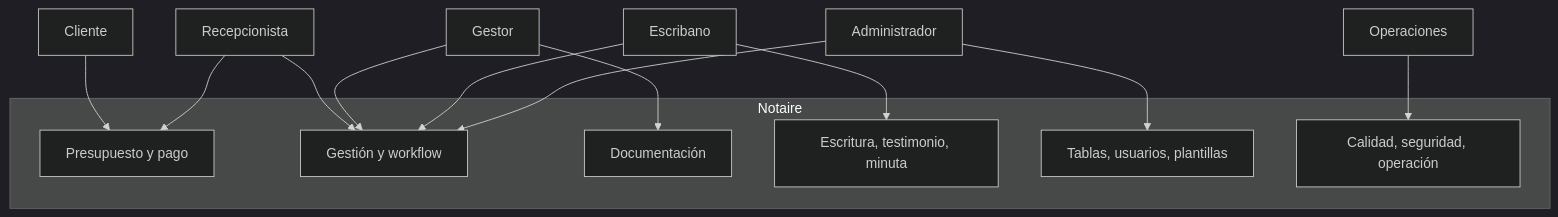
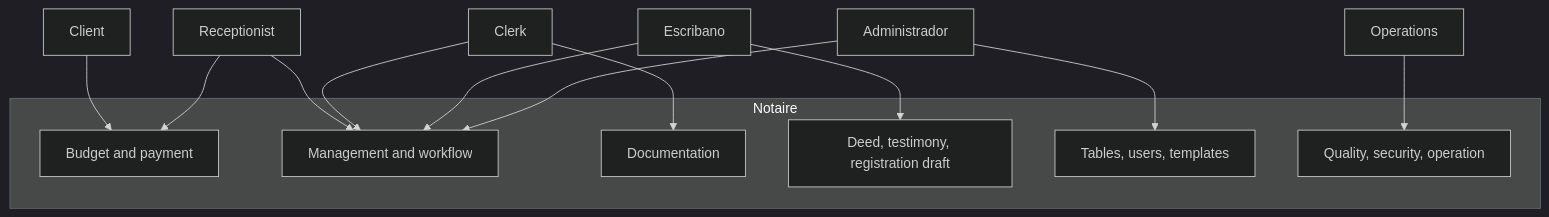
The second of 16 diagrams in docs/200-architecture/203-design/CICLO-DE-VIDA.md (matiaspakua/notaire), drawn with Mermaid (dark theme) before and after one commit. The commit also changed other lines of this file and 52 other files, not shown here.

````diff
--- a/docs/200-architecture/203-design/CICLO-DE-VIDA.md
+++ b/docs/200-architecture/203-design/CICLO-DE-VIDA.md
@@ -67,29 +68,29 @@
 ```mermaid
 flowchart TB
-  cliente[Cliente]
-  recepcion[Recepcionista]
-  gestor[Gestor]
-  escribano[Escribano]
+  client[Client]
+  reception[Receptionist]
+  clerk[Clerk]
+  notary[Escribano]
   admin[Administrador]
-  ops[Operaciones]
+  ops[Operations]
 
   subgraph notaire [Notaire]
-    pago[Presupuesto y pago]
-    gestion[Gestión y workflow]
-    doc[Documentación]
-    esc[Escritura, testimonio, minuta]
-    adm[Tablas, usuarios, plantillas]
-    ope[Calidad, seguridad, operación]
+    pay[Budget and payment]
+    management[Management and workflow]
+    doc[Documentation]
+    deed[Deed, testimony, registration draft]
+    adm[Tables, users, templates]
+    ope[Quality, security, operation]
   end
 
-  cliente --> pago
-  recepcion --> pago
-  recepcion --> gestion
-  gestor --> gestion
-  gestor --> doc
-  escribano --> esc
-  escribano --> gestion
+  client --> pay
+  reception --> pay
+  reception --> management
+  clerk --> management
+  clerk --> doc
+  notary --> deed
+  notary --> management
   admin --> adm
-  admin --> gestion
+  admin --> management
   ops --> ope
 ```
````
